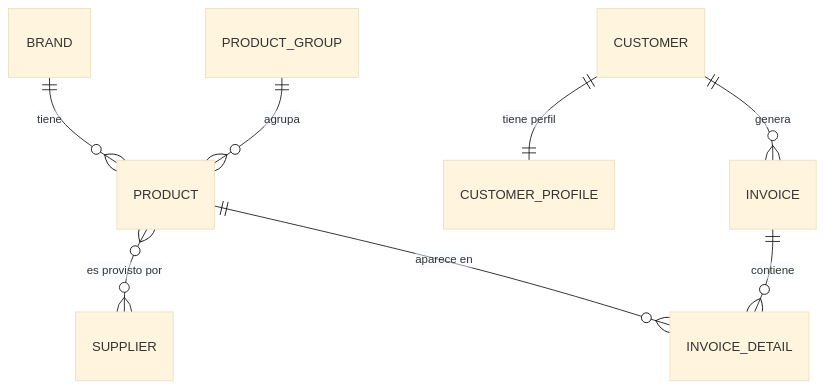
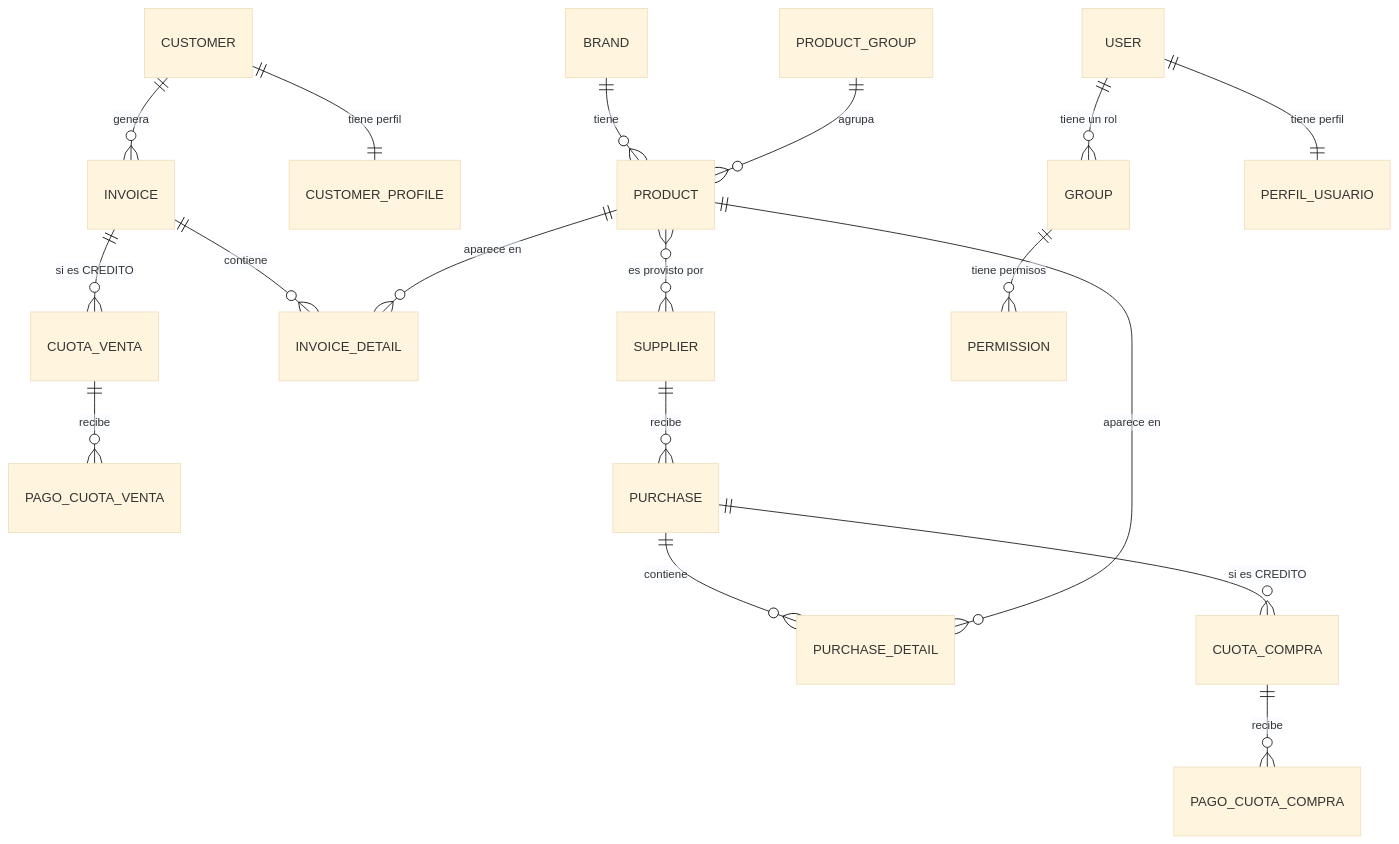
Before and after one commit to ElianWBG/Sales_a2-ISAAC: the diagram in README.md, drawn with Mermaid (base theme). The commit also changed other lines of this file and 65 other files, not shown here.

Commit message:
actualización - implementacion de compra y venta en cuotas

````diff
--- a/README.md
+++ b/README.md
@@ -125,10 +181,22 @@
 ```mermaid
 erDiagram
     BRAND ||--o{ PRODUCT : "tiene"
     PRODUCT_GROUP ||--o{ PRODUCT : "agrupa"
     PRODUCT }o--o{ SUPPLIER : "es provisto por"
     CUSTOMER ||--|| CUSTOMER_PROFILE : "tiene perfil"
     CUSTOMER ||--o{ INVOICE : "genera"
     INVOICE ||--o{ INVOICE_DETAIL : "contiene"
     PRODUCT ||--o{ INVOICE_DETAIL : "aparece en"
+    INVOICE ||--o{ CUOTA_VENTA : "si es CREDITO"
+    CUOTA_VENTA ||--o{ PAGO_CUOTA_VENTA : "recibe"
+
+    SUPPLIER ||--o{ PURCHASE : "recibe"
+    PURCHASE ||--o{ PURCHASE_DETAIL : "contiene"
+    PRODUCT ||--o{ PURCHASE_DETAIL : "aparece en"
+    PURCHASE ||--o{ CUOTA_COMPRA : "si es CREDITO"
+    CUOTA_COMPRA ||--o{ PAGO_CUOTA_COMPRA : "recibe"
+
+    USER ||--o{ GROUP : "tiene un rol"
+    GROUP ||--o{ PERMISSION : "tiene permisos"
+    USER ||--|| PERFIL_USUARIO : "tiene perfil"
 ```
````
